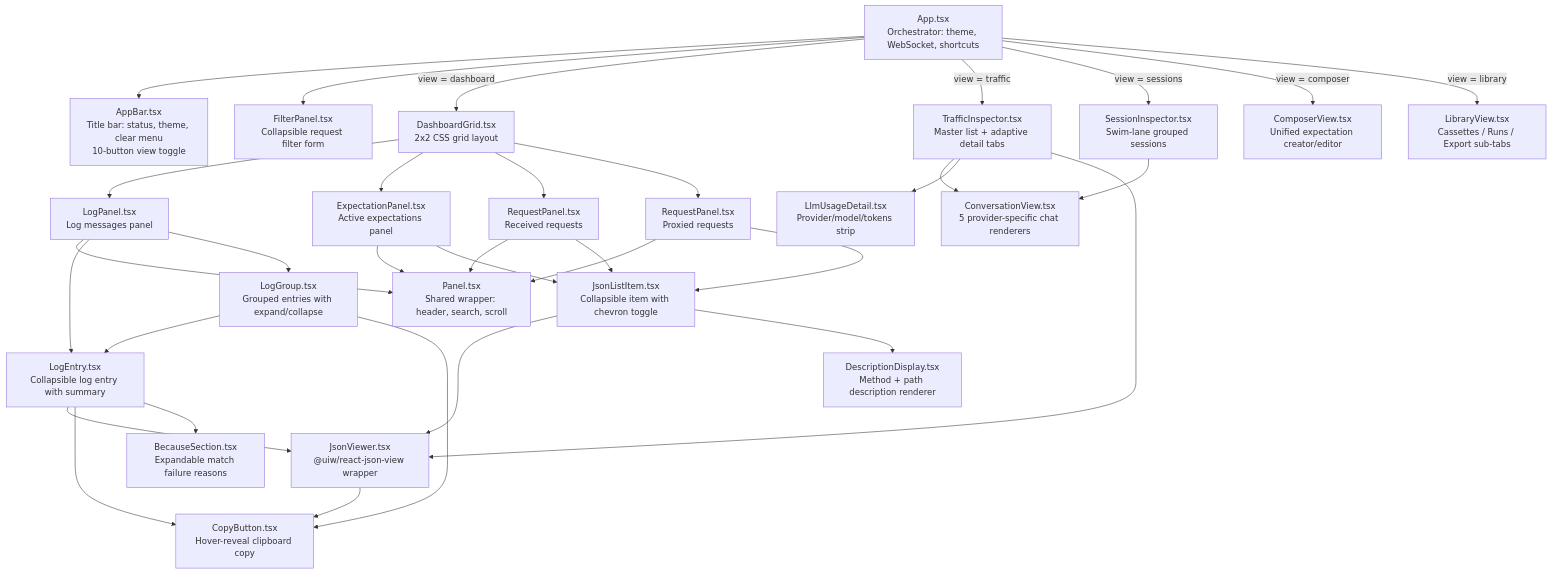
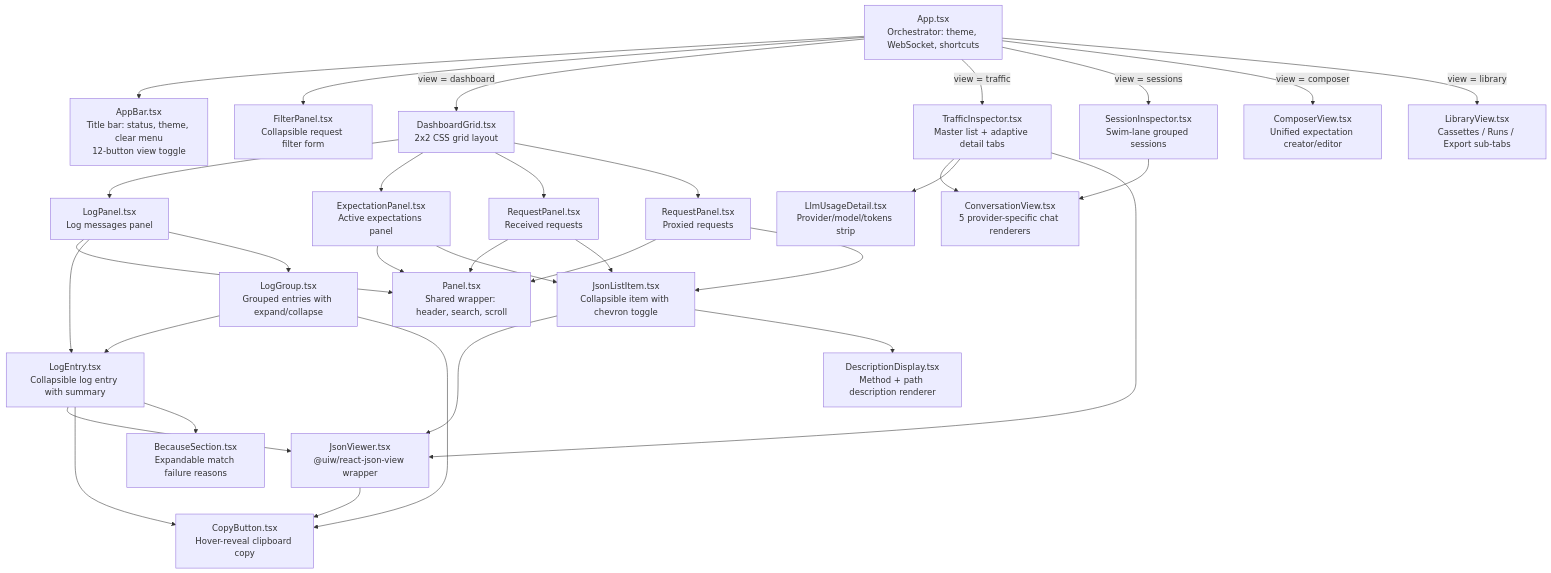
The sixth of 7 diagrams in docs/code/dashboard-ui.md (sean8601/mockserver-monorepo), drawn with Mermaid before and after one commit. The commit also changed other lines of this file and 6 other files, not shown here.

````diff
--- a/docs/code/dashboard-ui.md
+++ b/docs/code/dashboard-ui.md
@@ -450,81 +501,81 @@
 ```mermaid
 graph TB
     APP["App.tsx
 Orchestrator: theme, WebSocket, shortcuts"]
     AB["AppBar.tsx
 Title bar: status, theme, clear menu
-10-button view toggle"]
+12-button view toggle"]
     FP["FilterPanel.tsx
 Collapsible request filter form"]
     DG["DashboardGrid.tsx
 2x2 CSS grid layout"]
     TI["TrafficInspector.tsx
 Master list + adaptive detail tabs"]
     SI["SessionInspector.tsx
 Swim-lane grouped sessions"]
     CV["ComposerView.tsx
 Unified expectation creator/editor"]
     LV["LibraryView.tsx
 Cassettes / Runs / Export sub-tabs"]
     CVW["ConversationView.tsx
 5 provider-specific chat renderers"]
     LUD["LlmUsageDetail.tsx
 Provider/model/tokens strip"]
     LP["LogPanel.tsx
 Log messages panel"]
     EP["ExpectationPanel.tsx
 Active expectations panel"]
     RP1["RequestPanel.tsx
 Received requests"]
     RP2["RequestPanel.tsx
 Proxied requests"]
     P["Panel.tsx
 Shared wrapper: header, search, scroll"]
     LE["LogEntry.tsx
 Collapsible log entry with summary"]
     LG["LogGroup.tsx
 Grouped entries with expand/collapse"]
     JLI["JsonListItem.tsx
 Collapsible item with chevron toggle"]
     JV["JsonViewer.tsx
 @uiw/react-json-view wrapper"]
     CB["CopyButton.tsx
 Hover-reveal clipboard copy"]
     DD["DescriptionDisplay.tsx
 Method + path description renderer"]
     BS["BecauseSection.tsx
 Expandable match failure reasons"]
 
     APP --> AB
     APP --> FP
     APP -->|view = dashboard| DG
     APP -->|view = traffic| TI
     APP -->|view = sessions| SI
     APP -->|view = composer| CV
     APP -->|view = library| LV
     TI --> CVW
     TI --> LUD
     TI --> JV
     SI --> CVW
     DG --> LP
     DG --> EP
     DG --> RP1
     DG --> RP2
     LP --> P
     EP --> P
     RP1 --> P
     RP2 --> P
     LP --> LE
     LP --> LG
     LG --> LE
     EP --> JLI
     RP1 --> JLI
     RP2 --> JLI
     JLI --> JV
     JLI --> DD
     LE --> JV
     LE --> CB
     LE --> BS
     LG --> CB
     JV --> CB
 ```
````
